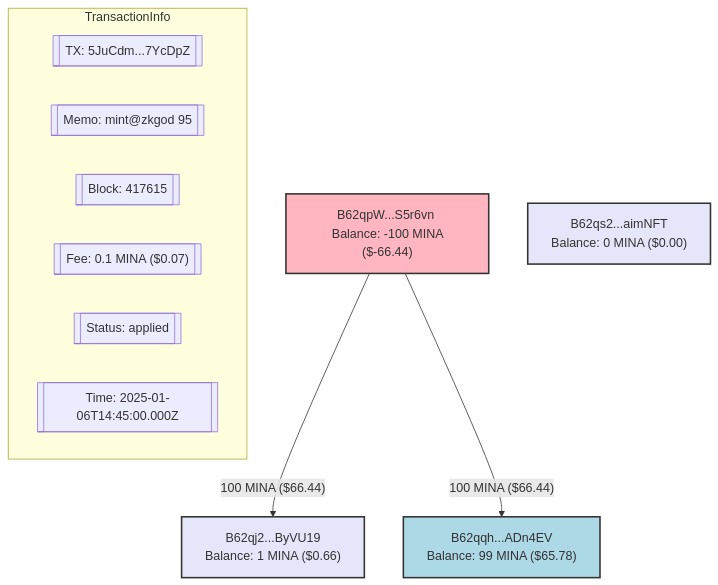
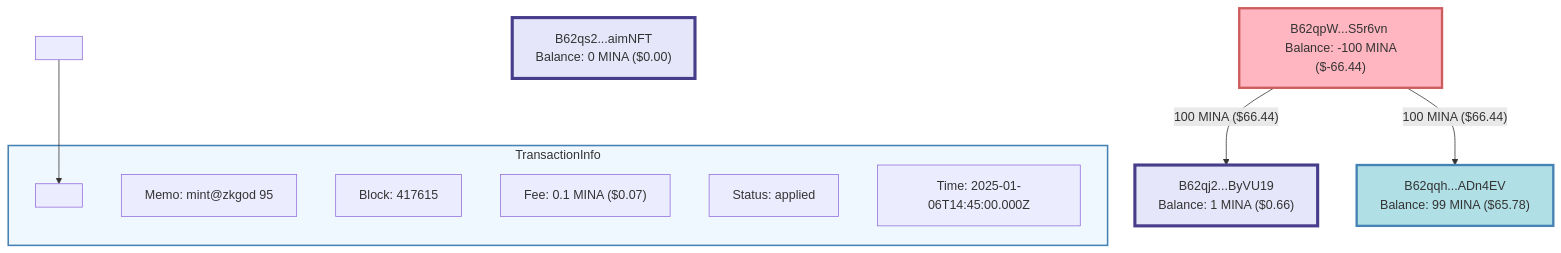
The diagram in transaction.mmd (ronykris/mina-account-update), drawn with Mermaid before and after one commit. The commit also changed 5 other files, not shown here.

```diff
--- a/transaction.mmd
+++ b/transaction.mmd
@@ -1,22 +1,25 @@
 graph TB
-classDef zkapp fill:#e6e6fa,stroke:#333,stroke-width:2px
-classDef normal fill:#add8e6,stroke:#333,stroke-width:2px
-classDef negative fill:#ffb6c1,stroke:#333,stroke-width:2px
+classDef zkapp fill:#e6e6fa,stroke:#483D8B,stroke-width:4px
+classDef normal fill:#B0E0E6,stroke:#4682B4,stroke-width:3px
+classDef negative fill:#FFB6C1,stroke:#CD5C5C,stroke-width:3px
 
 A0["B62qj2...ByVU19 <br/> Balance: 1 MINA ($0.66)"]:::zkapp
 A1["B62qpW...S5r6vn <br/> Balance: -100 MINA ($-66.44)"]:::negative
 A2["B62qqh...ADn4EV <br/> Balance: 99 MINA ($65.78)"]:::normal
 A3["B62qs2...aimNFT <br/> Balance: 0 MINA ($0.00)"]:::zkapp
 
 A1 --> |"100 MINA ($66.44)"| A0
 A1 --> |"100 MINA ($66.44)"| A2
 
 
+Bottom[ ]:::info
 subgraph TransactionInfo
-    TxHash[["TX: 5JuCdm...7YcDpZ"]]
-    Memo[["Memo: mint@zkgod 95"]]
-    Block[["Block: 417615"]]
-    TxFee[["Fee: 0.1 MINA ($0.07)"]]
-    TxStatus[["Status: applied"]]
-    TxTime[["Time: 2025-01-06T14:45:00.000Z"]]
+    TxHash["TX: 5JuCdm...7YcDpZ"]:::info
+    Memo["Memo: mint@zkgod 95"]:::info
+    Block["Block: 417615"]:::info
+    TxFee["Fee: 0.1 MINA ($0.07)"]:::info
+    TxStatus["Status: applied"]:::info
+    TxTime["Time: 2025-01-06T14:45:00.000Z"]:::info
 end
+style TransactionInfo fill:#F0F8FF,stroke:#4682B4,stroke-width:2px
+Bottom --> TxHash[ ]:::info
```
